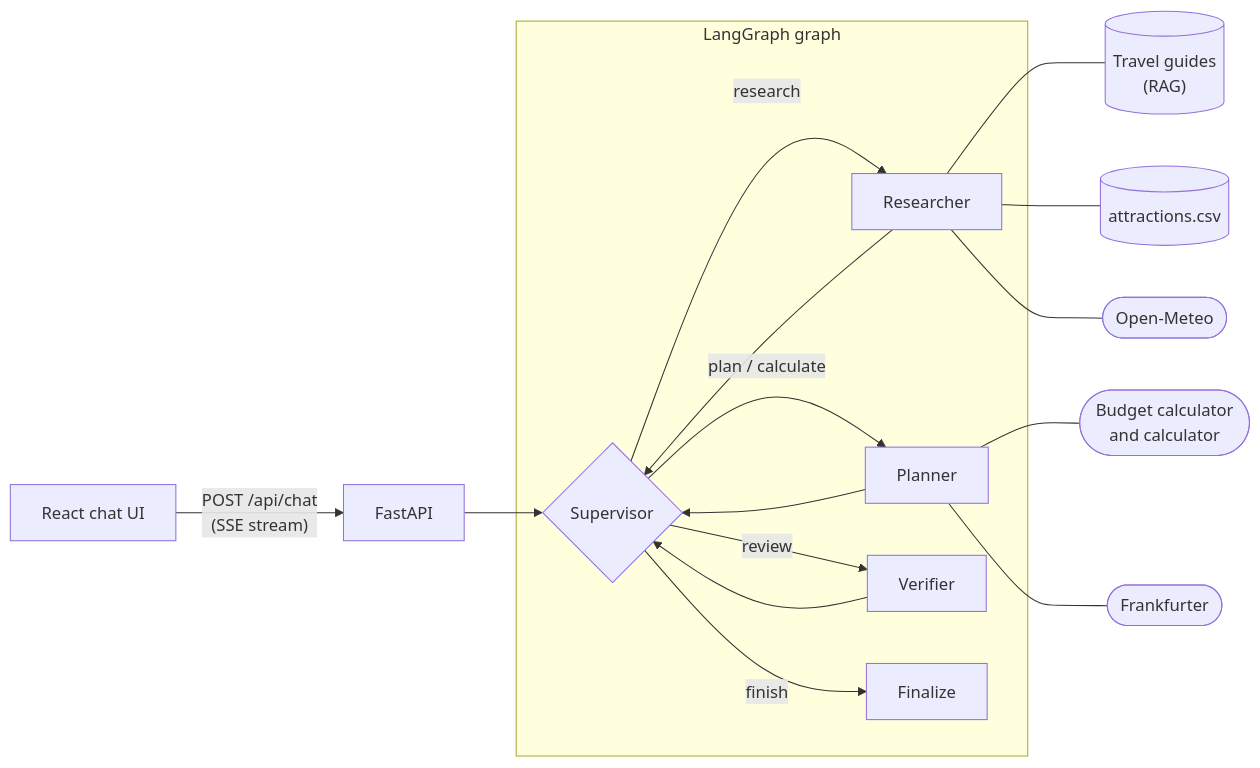
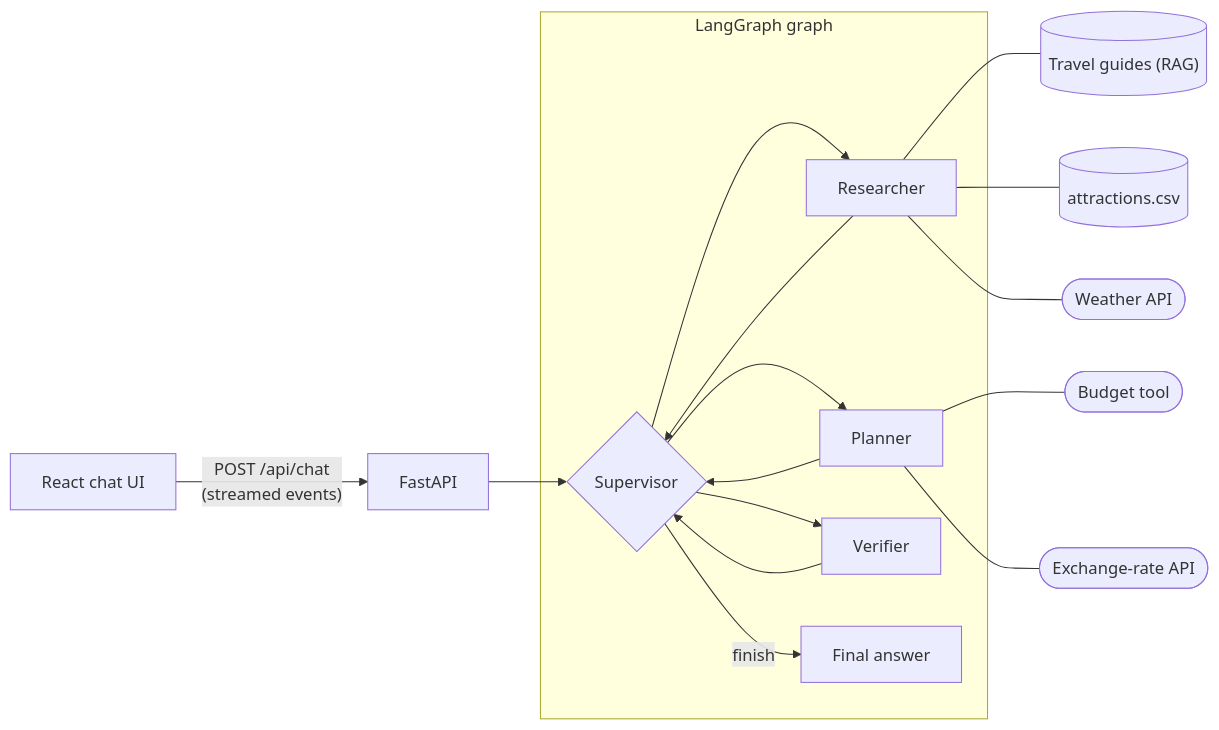
Before and after one commit to Sallamanderrr/wayfinder: the diagram in README.md, drawn with Mermaid. The commit also changed other lines of this file and 9 other files, not shown here.

First line of the commit message:
Simplify: drop the unused calculator tool and shorten the README

````diff
--- a/README.md
+++ b/README.md
@@ -56,19 +41,19 @@
 ```mermaid
 flowchart LR
-    UI["React chat UI"] -- "POST /api/chat<br/>(SSE stream)" --> API["FastAPI"]
+    UI["React chat UI"] -- "POST /api/chat<br/>(streamed events)" --> API["FastAPI"]
     API --> S
     subgraph G["LangGraph graph"]
-        S{"Supervisor"} -- "research" --> R["Researcher"]
-        S -- "plan / calculate" --> P["Planner"]
-        S -- "review" --> V["Verifier"]
+        S{"Supervisor"} --> R["Researcher"]
+        S --> P["Planner"]
+        S --> V["Verifier"]
         R --> S
         P --> S
         V --> S
-        S -- "finish" --> F["Finalize"]
+        S -- "finish" --> F["Final answer"]
     end
-    R --- KB[("Travel guides<br/>(RAG)")]
+    R --- KB[("Travel guides (RAG)")]
     R --- DB[("attractions.csv")]
-    R --- WX(["Open-Meteo"])
-    P --- CALC(["Budget calculator<br/>and calculator"])
-    P --- FX(["Frankfurter"])
+    R --- WX(["Weather API"])
+    P --- BU(["Budget tool"])
+    P --- FX(["Exchange-rate API"])
 ```
````
